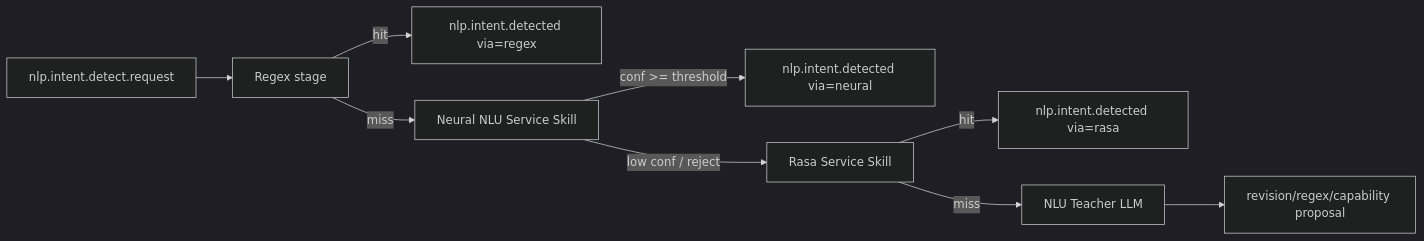
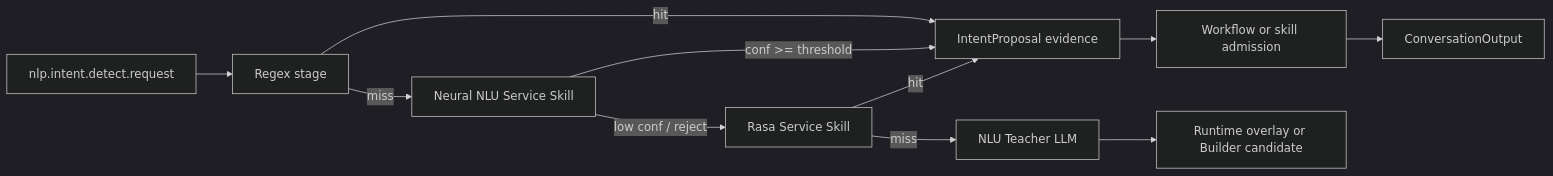
Before and after one commit to inimatic/adaos: the diagram in docs/ru/concepts/nlu-target-architecture.md, drawn with Mermaid (dark theme). The commit also changed other lines of this file and 14 other files, not shown here.

````diff
--- a/docs/ru/concepts/nlu-target-architecture.md
+++ b/docs/ru/concepts/nlu-target-architecture.md
@@ -18,11 +22,13 @@
 ```mermaid
 flowchart LR
   A[nlp.intent.detect.request] --> B[Regex stage]
-  B -->|hit| O[nlp.intent.detected via=regex]
+  B -->|hit| O[IntentProposal evidence]
   B -->|miss| C[Neural NLU Service Skill]
-  C -->|conf >= threshold| O2[nlp.intent.detected via=neural]
+  C -->|conf >= threshold| O
   C -->|low conf / reject| D[Rasa Service Skill]
-  D -->|hit| O3[nlp.intent.detected via=rasa]
+  D -->|hit| O
   D -->|miss| E[NLU Teacher LLM]
-  E --> F[revision/regex/capability proposal]
+  E --> F[Runtime overlay or Builder candidate]
+  O --> G[Workflow or skill admission]
+  G --> H[ConversationOutput]
 ```
````
